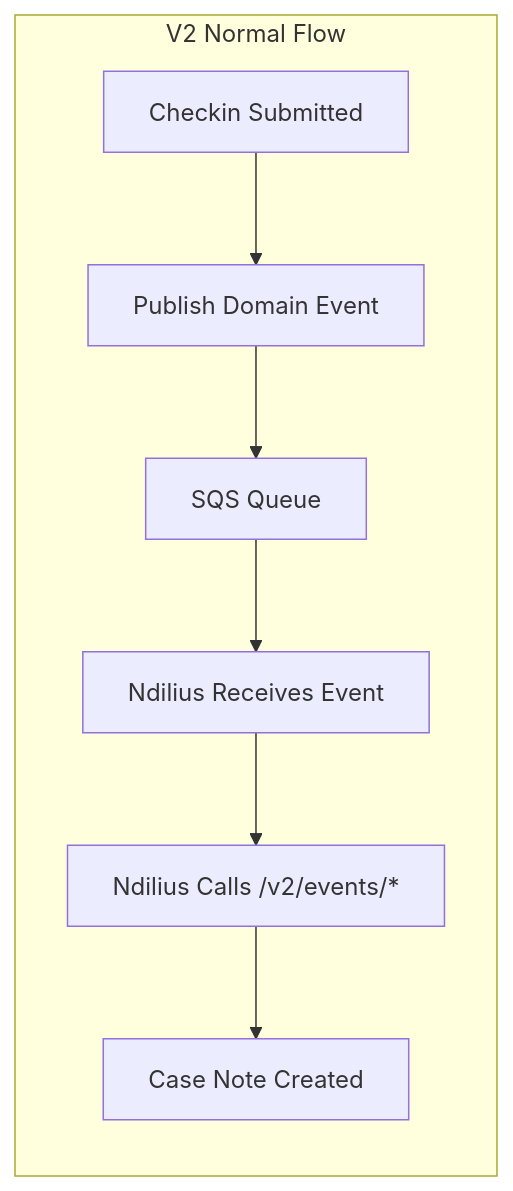
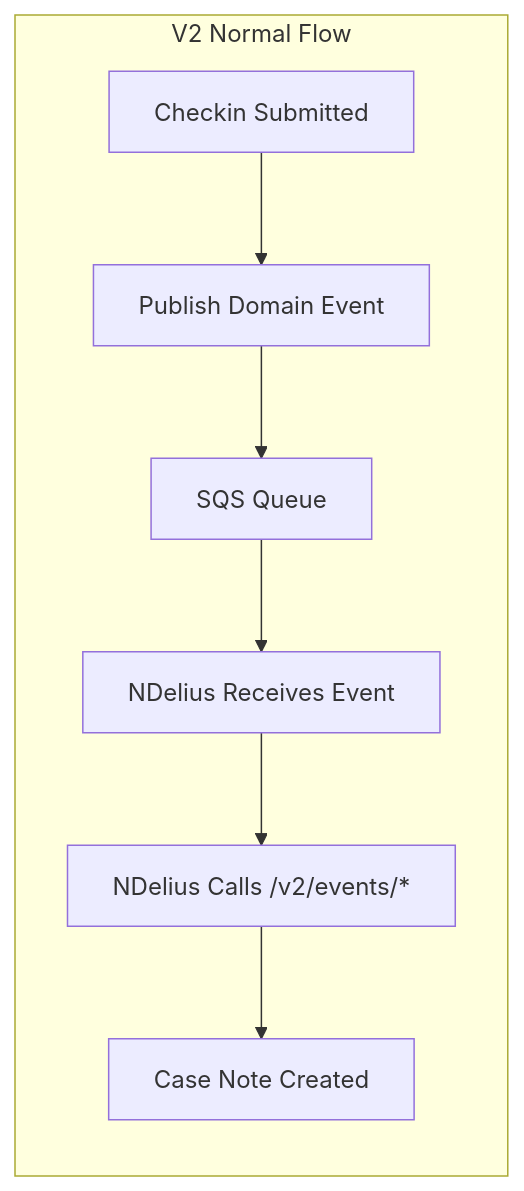
One commit to ministryofjustice/hmpps-esupervision-api changed the first of 2 diagrams in docs/V1_TO_V2_MIGRATION.md. Above: the diagram before and after it, drawn with Mermaid. The commit also changed other lines of this file and 8 other files, not shown here.

Commit message:
Update ndilius to NDelius in docs

````diff
--- a/docs/V1_TO_V2_MIGRATION.md
+++ b/docs/V1_TO_V2_MIGRATION.md
@@ -62,10 +62,10 @@
 ```mermaid
 flowchart LR
     subgraph "V2 Normal Flow"
         A[Checkin Submitted] --> B[Publish Domain Event]
         B --> C[SQS Queue]
-        C --> D[Ndilius Receives Event]
-        D --> E[Ndilius Calls /v2/events/*]
+        C --> D[NDelius Receives Event]
+        D --> E[NDelius Calls /v2/events/*]
         E --> F[Case Note Created]
     end
 ```
````
